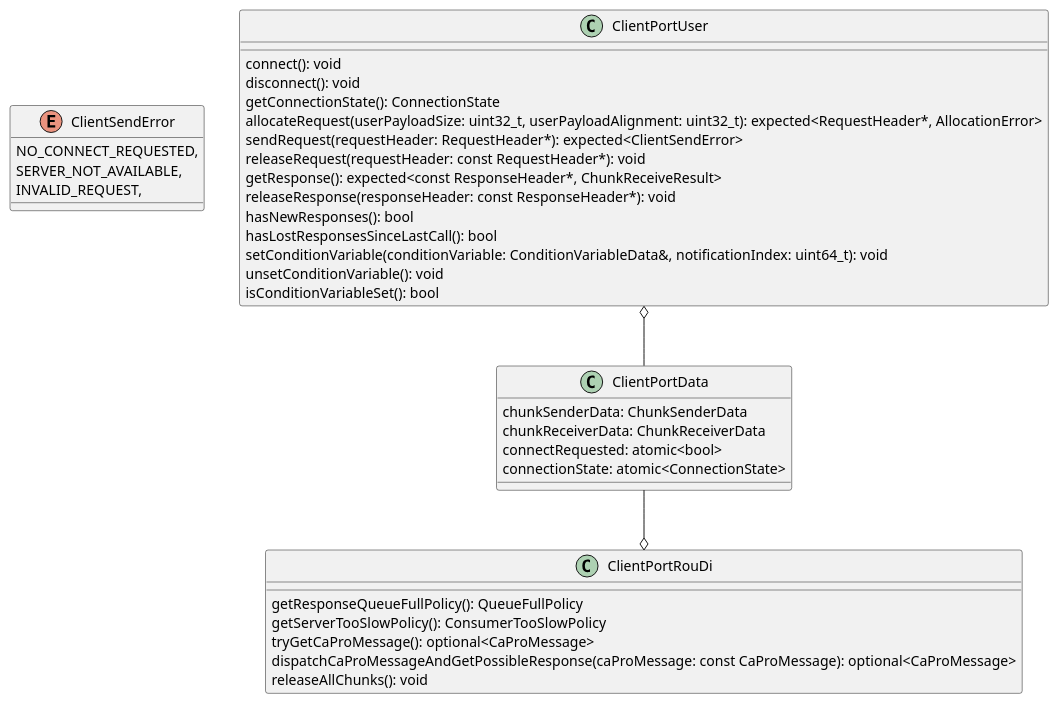
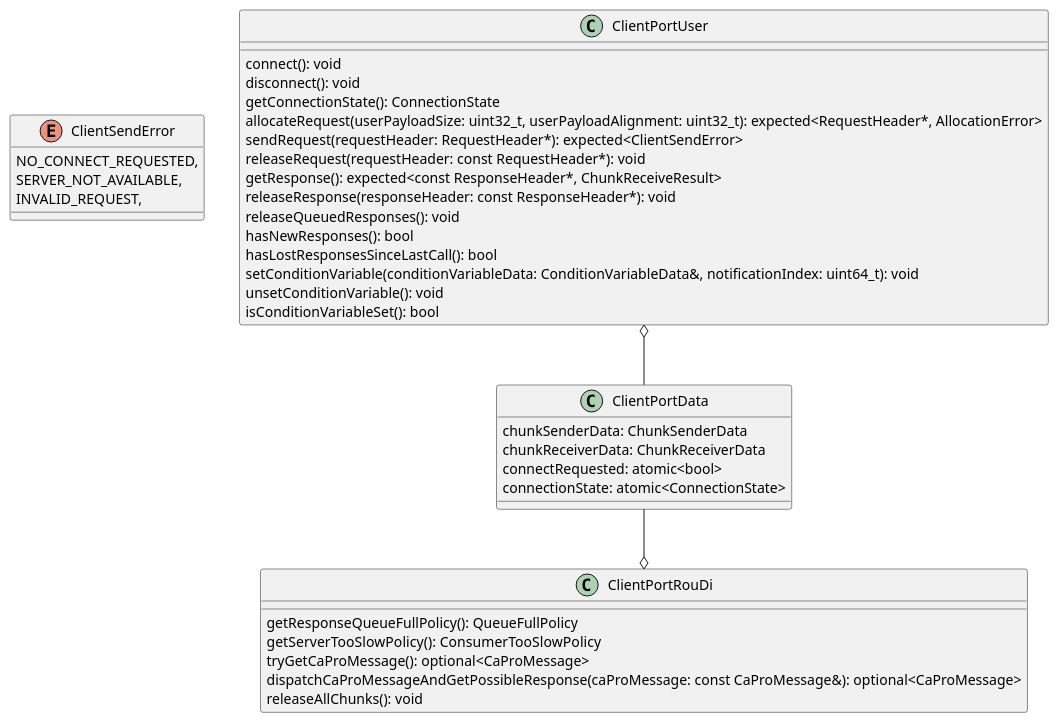
One commit to eclipse-iceoryx/iceoryx changed the diagram in doc/design/diagrams/request_response/client_port.puml. Above: the diagram before and after it, drawn with PlantUML. The commit also changed 4 other files, not shown here.

```diff
--- a/doc/design/diagrams/request_response/client_port.puml
+++ b/doc/design/diagrams/request_response/client_port.puml
@@ -1,43 +1,44 @@
 @startuml
 
 enum ClientSendError {
   NO_CONNECT_REQUESTED,
   SERVER_NOT_AVAILABLE,
   INVALID_REQUEST,
 }
 
 class ClientPortData {
   chunkSenderData: ChunkSenderData
   chunkReceiverData: ChunkReceiverData
   connectRequested: atomic<bool>
   connectionState: atomic<ConnectionState>
 }
 
 class ClientPortUser {
   connect(): void
   disconnect(): void
   getConnectionState(): ConnectionState
   allocateRequest(userPayloadSize: uint32_t, userPayloadAlignment: uint32_t): expected<RequestHeader*, AllocationError>
   sendRequest(requestHeader: RequestHeader*): expected<ClientSendError>
   releaseRequest(requestHeader: const RequestHeader*): void
   getResponse(): expected<const ResponseHeader*, ChunkReceiveResult>
   releaseResponse(responseHeader: const ResponseHeader*): void
+  releaseQueuedResponses(): void
   hasNewResponses(): bool
   hasLostResponsesSinceLastCall(): bool
-  setConditionVariable(conditionVariable: ConditionVariableData&, notificationIndex: uint64_t): void
+  setConditionVariable(conditionVariableData: ConditionVariableData&, notificationIndex: uint64_t): void
   unsetConditionVariable(): void
   isConditionVariableSet(): bool
 }
 
 class ClientPortRouDi {
   getResponseQueueFullPolicy(): QueueFullPolicy
   getServerTooSlowPolicy(): ConsumerTooSlowPolicy
   tryGetCaProMessage(): optional<CaProMessage>
-  dispatchCaProMessageAndGetPossibleResponse(caProMessage: const CaProMessage): optional<CaProMessage>
+  dispatchCaProMessageAndGetPossibleResponse(caProMessage: const CaProMessage&): optional<CaProMessage>
   releaseAllChunks(): void
 }
 
 ClientPortUser o-- ClientPortData
 ClientPortData --o ClientPortRouDi
 
 @enduml
```
